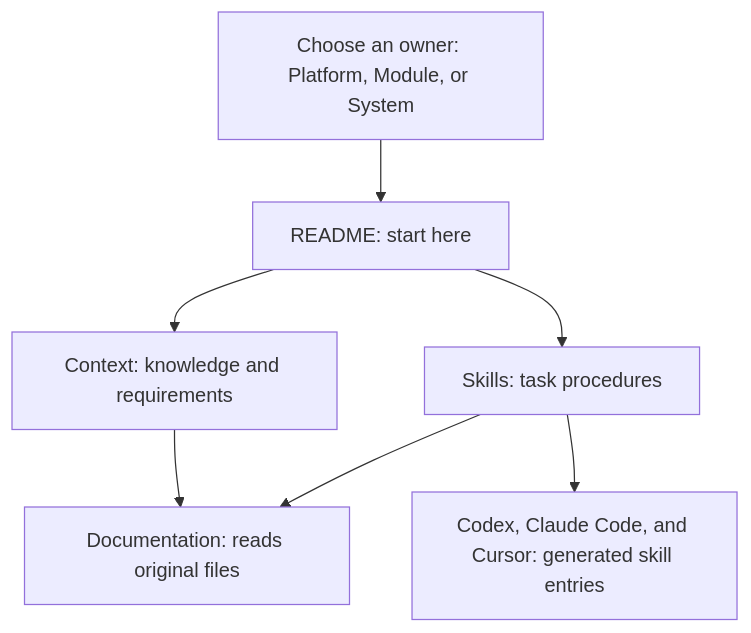
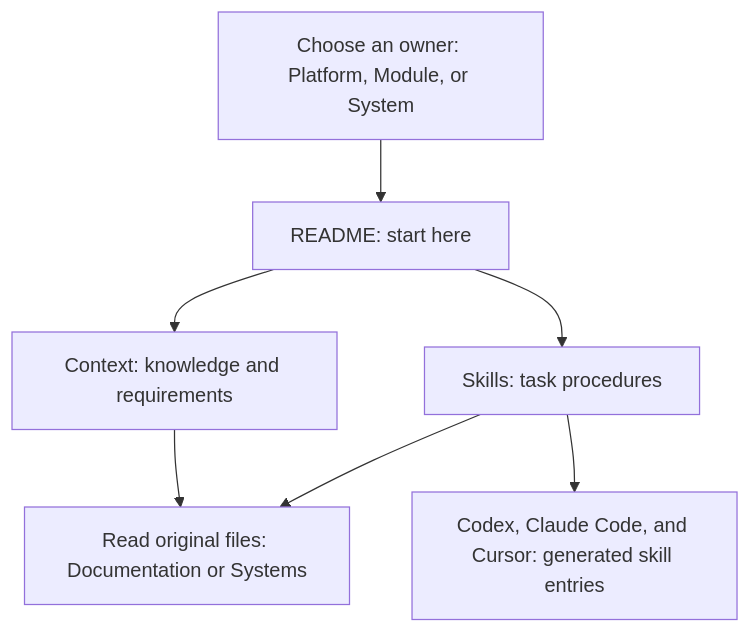
One commit to itspatmorgan/design-studio-starter changed the diagram in src/modules/documentation/pages/agent-context.md. Above: the diagram before and after it, drawn with Mermaid. The commit also changed other lines of this file and 20 other files, not shown here.

Commit message:
Restore system guidance to the Systems UI

````diff
--- a/src/modules/documentation/pages/agent-context.md
+++ b/src/modules/documentation/pages/agent-context.md
@@ -17,11 +17,11 @@
 ```mermaid
 flowchart TD
   accTitle: Find context and skills by owner
-  accDescr: Platform, modules, and systems each have a README entry point, context, and optional skills. Documentation reads those original files. Harness entries expose the skills to agents.
+  accDescr: Platform, modules, and systems each have a README entry point, context, and optional skills. Documentation reads platform and module files; Systems reads system context and skills. Harness entries expose the skills to agents.
   owners[Choose an owner: Platform, Module, or System] --> readme[README: start here]
   readme --> context[Context: knowledge and requirements]
   readme --> skills[Skills: task procedures]
-  context --> browser[Documentation: reads original files]
+  context --> browser[Read original files: Documentation or Systems]
   skills --> browser
   skills --> harness[Codex, Claude Code, and Cursor: generated skill entries]
 ```
````
